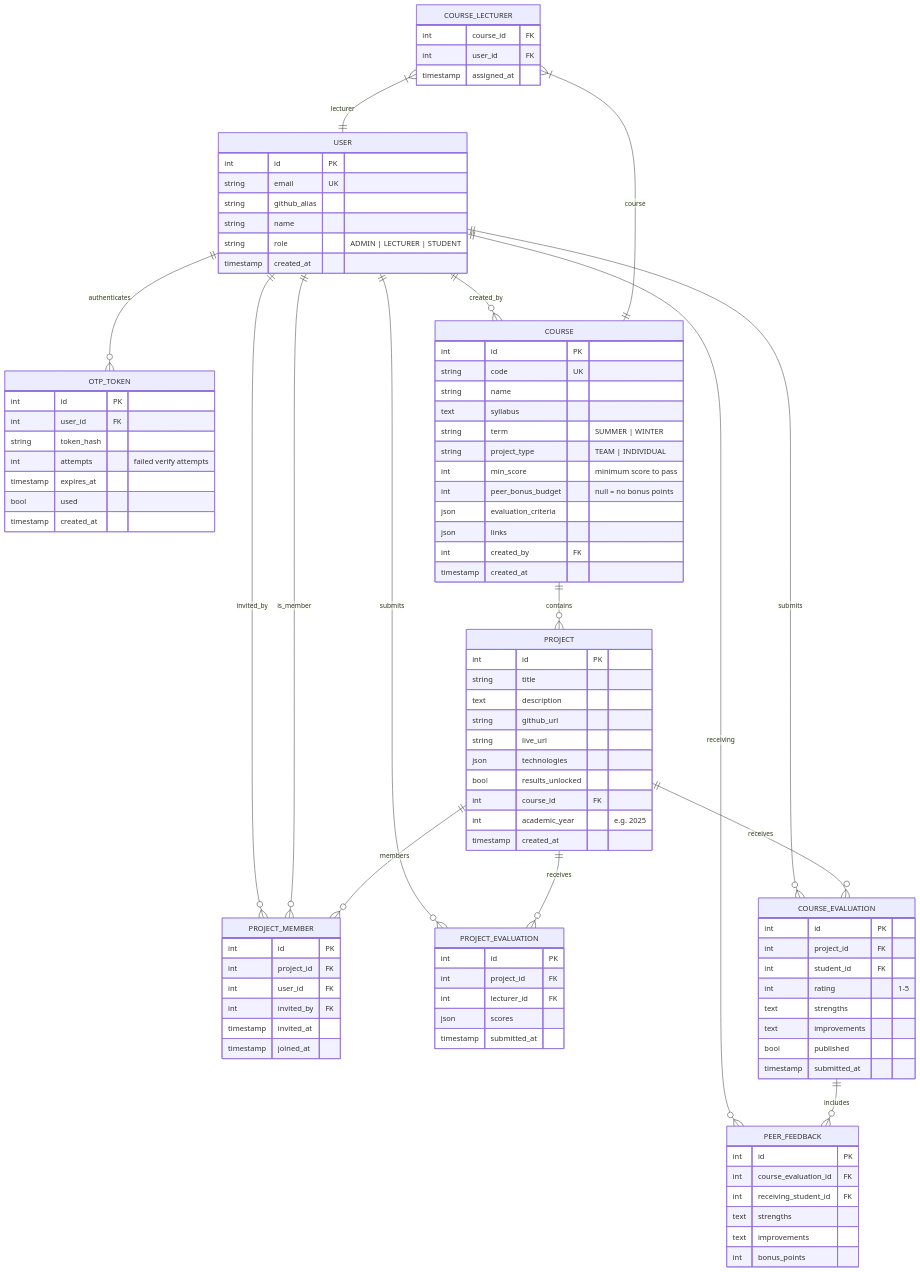
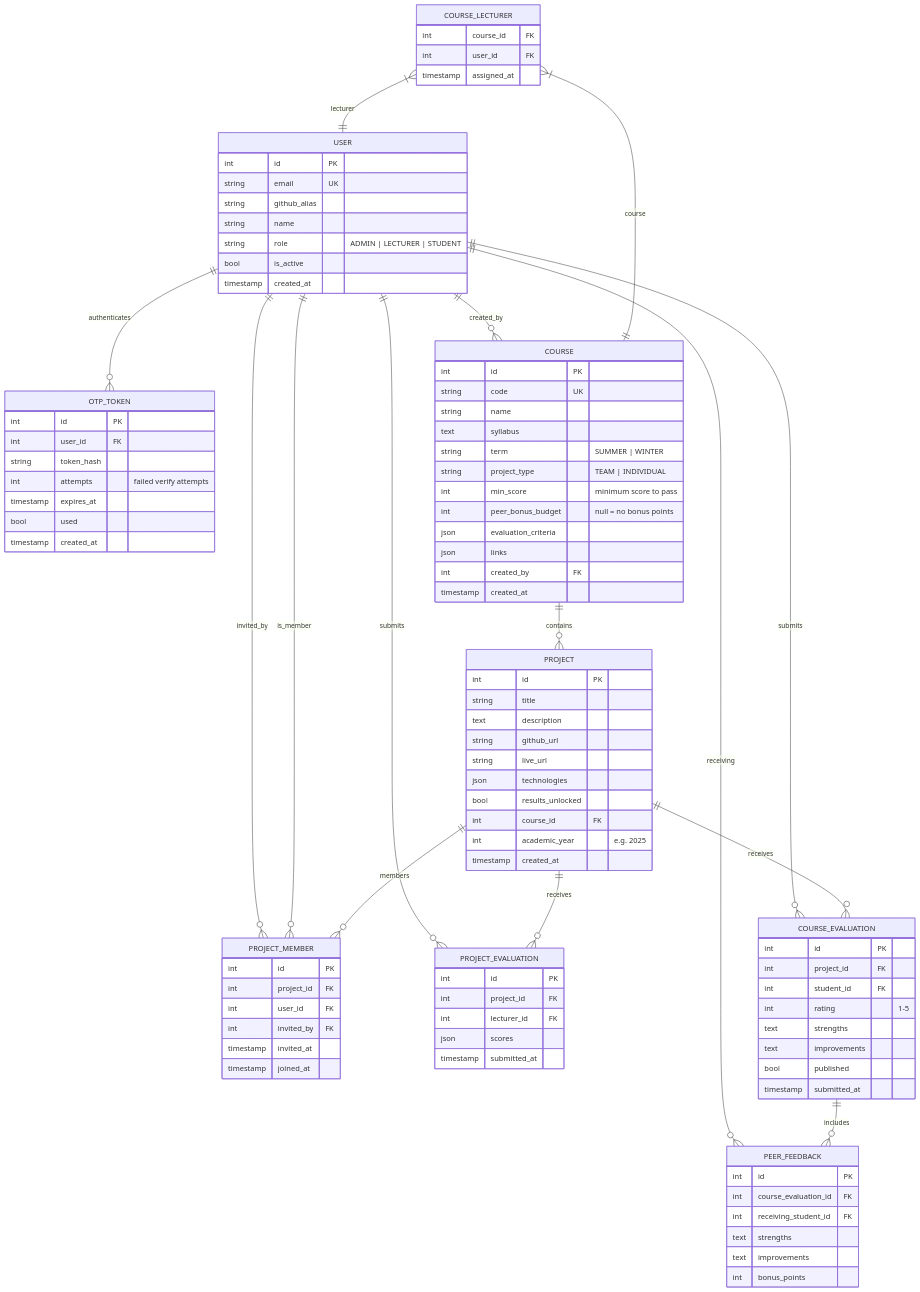
One commit to ljezek/tul-psi changed the second of 6 diagrams in docs/DESIGN.md. Above: the diagram before and after it, drawn with Mermaid. The commit also changed other lines of this file and 12 other files, not shown here.

```diff
--- a/docs/DESIGN.md
+++ b/docs/DESIGN.md
@@ -47,6 +47,7 @@
         string github_alias
         string name
         string role "ADMIN | LECTURER | STUDENT"
+        bool is_active
         timestamp created_at
     }
     OTP_TOKEN {
```
